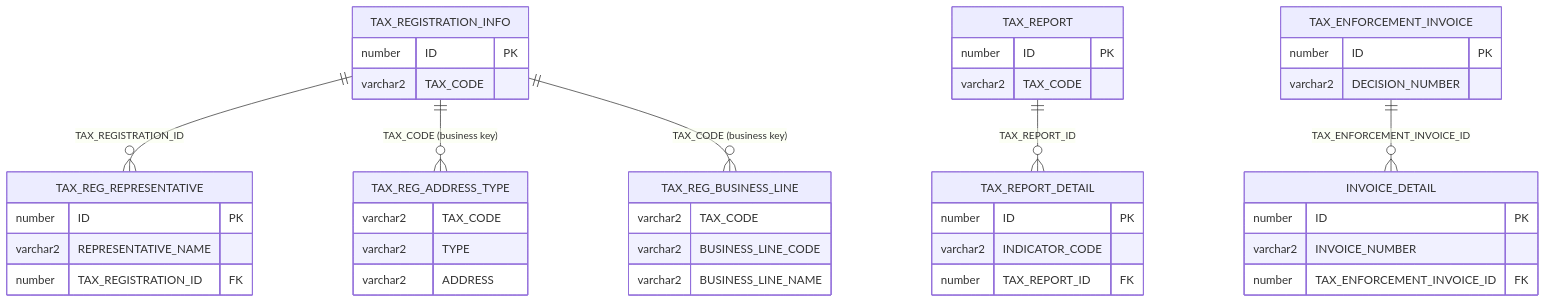
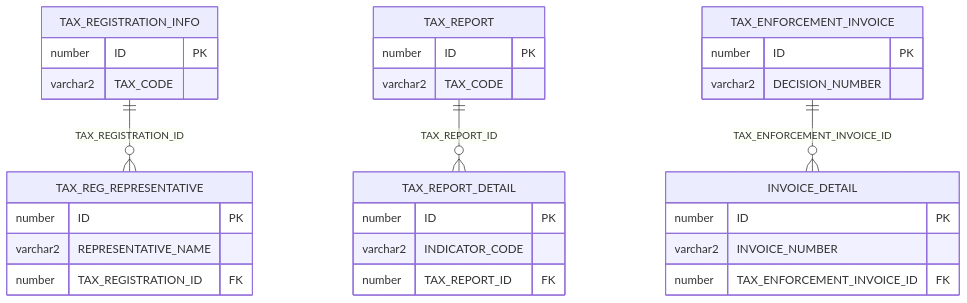
One commit to linhlvit/ubck_atomic_design changed the first of 2 diagrams in DataModel/working/Atomic/hld/KNT_HLD_Tier2.md. Above: the diagram before and after it, drawn with Mermaid. The commit also changed other lines of this file and 351 other files, not shown here.

````diff
--- a/DataModel/working/Atomic/hld/KNT_HLD_Tier2.md
+++ b/DataModel/working/Atomic/hld/KNT_HLD_Tier2.md
@@ -22,53 +20,39 @@
 ```mermaid
 erDiagram
     TAX_REGISTRATION_INFO {
         number ID PK
         varchar2 TAX_CODE
     }
 
     TAX_REG_REPRESENTATIVE {
         number ID PK
         varchar2 REPRESENTATIVE_NAME
         number TAX_REGISTRATION_ID FK
-    }
-
-    TAX_REG_ADDRESS_TYPE {
-        varchar2 TAX_CODE
-        varchar2 TYPE
-        varchar2 ADDRESS
-    }
-
-    TAX_REG_BUSINESS_LINE {
-        varchar2 TAX_CODE
-        varchar2 BUSINESS_LINE_CODE
-        varchar2 BUSINESS_LINE_NAME
     }
 
     TAX_REPORT {
         number ID PK
         varchar2 TAX_CODE
     }
 
     TAX_REPORT_DETAIL {
         number ID PK
         varchar2 INDICATOR_CODE
         number TAX_REPORT_ID FK
     }
 
     TAX_ENFORCEMENT_INVOICE {
         number ID PK
         varchar2 DECISION_NUMBER
     }
 
     INVOICE_DETAIL {
         number ID PK
         varchar2 INVOICE_NUMBER
         number TAX_ENFORCEMENT_INVOICE_ID FK
     }
 
     TAX_REGISTRATION_INFO ||--o{ TAX_REG_REPRESENTATIVE : "TAX_REGISTRATION_ID"
-    TAX_REGISTRATION_INFO ||--o{ TAX_REG_ADDRESS_TYPE : "TAX_CODE (business key)"
-    TAX_REGISTRATION_INFO ||--o{ TAX_REG_BUSINESS_LINE : "TAX_CODE (business key)"
     TAX_REPORT ||--o{ TAX_REPORT_DETAIL : "TAX_REPORT_ID"
     TAX_ENFORCEMENT_INVOICE ||--o{ INVOICE_DETAIL : "TAX_ENFORCEMENT_INVOICE_ID"
 ```
````
